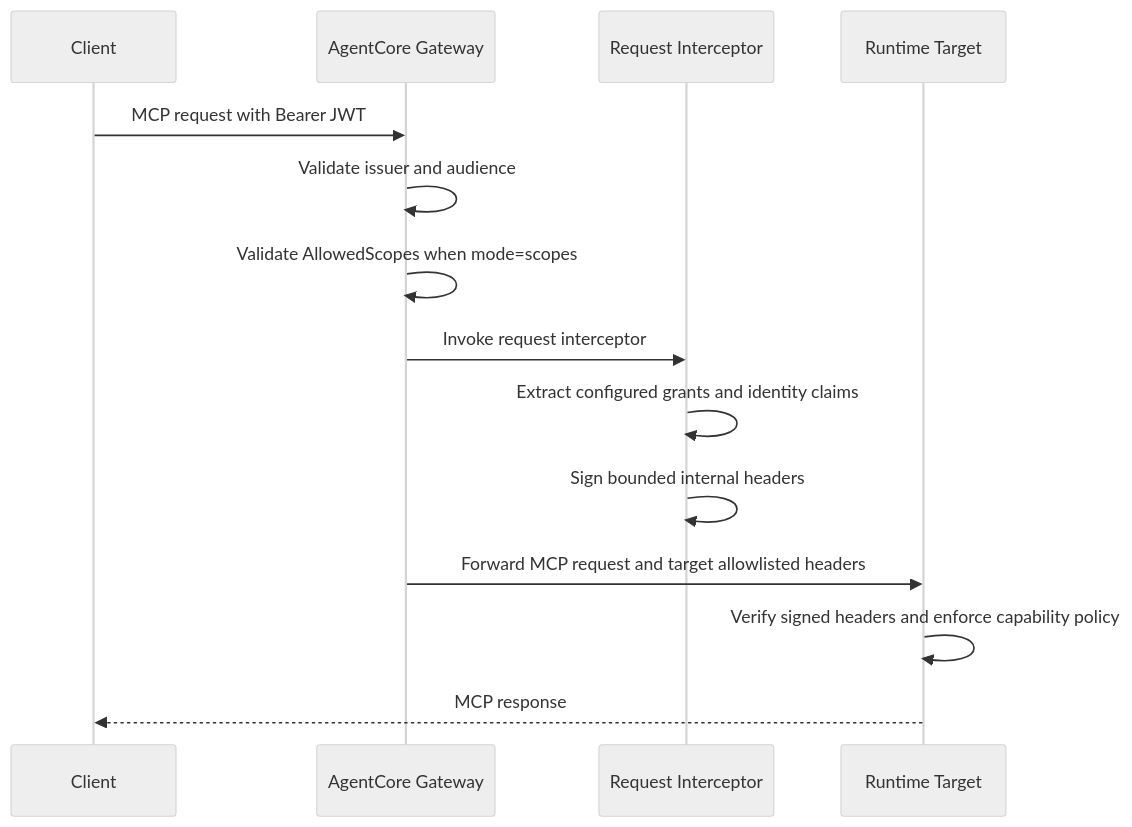
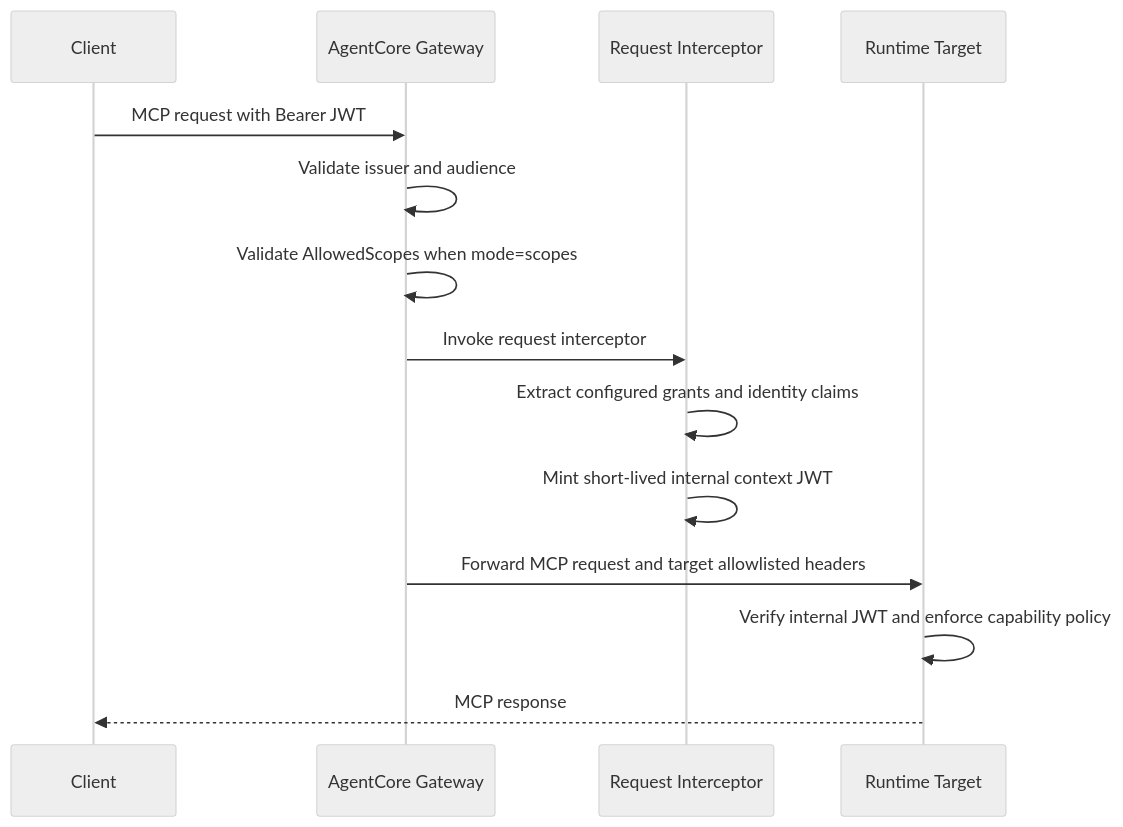
The diagram in docs/gateway_hub.md (nogj/aws-data-agentcore), drawn with Mermaid (neutral theme) before and after one commit. The commit also changed other lines of this file and 17 other files, not shown here.

Commit message:
Switch to internal JWT auth model

````diff
--- a/docs/gateway_hub.md
+++ b/docs/gateway_hub.md
@@ -24,17 +24,17 @@
 ```mermaid
 sequenceDiagram
     participant Client
     participant Gateway as AgentCore Gateway
     participant Interceptor as Request Interceptor
     participant Target as Runtime Target
 
     Client->>Gateway: MCP request with Bearer JWT
     Gateway->>Gateway: Validate issuer and audience
     Gateway->>Gateway: Validate AllowedScopes when mode=scopes
     Gateway->>Interceptor: Invoke request interceptor
     Interceptor->>Interceptor: Extract configured grants and identity claims
-    Interceptor->>Interceptor: Sign bounded internal headers
+    Interceptor->>Interceptor: Mint short-lived internal context JWT
     Gateway->>Target: Forward MCP request and target allowlisted headers
-    Target->>Target: Verify signed headers and enforce capability policy
+    Target->>Target: Verify internal JWT and enforce capability policy
     Target-->>Client: MCP response
 ```
````
